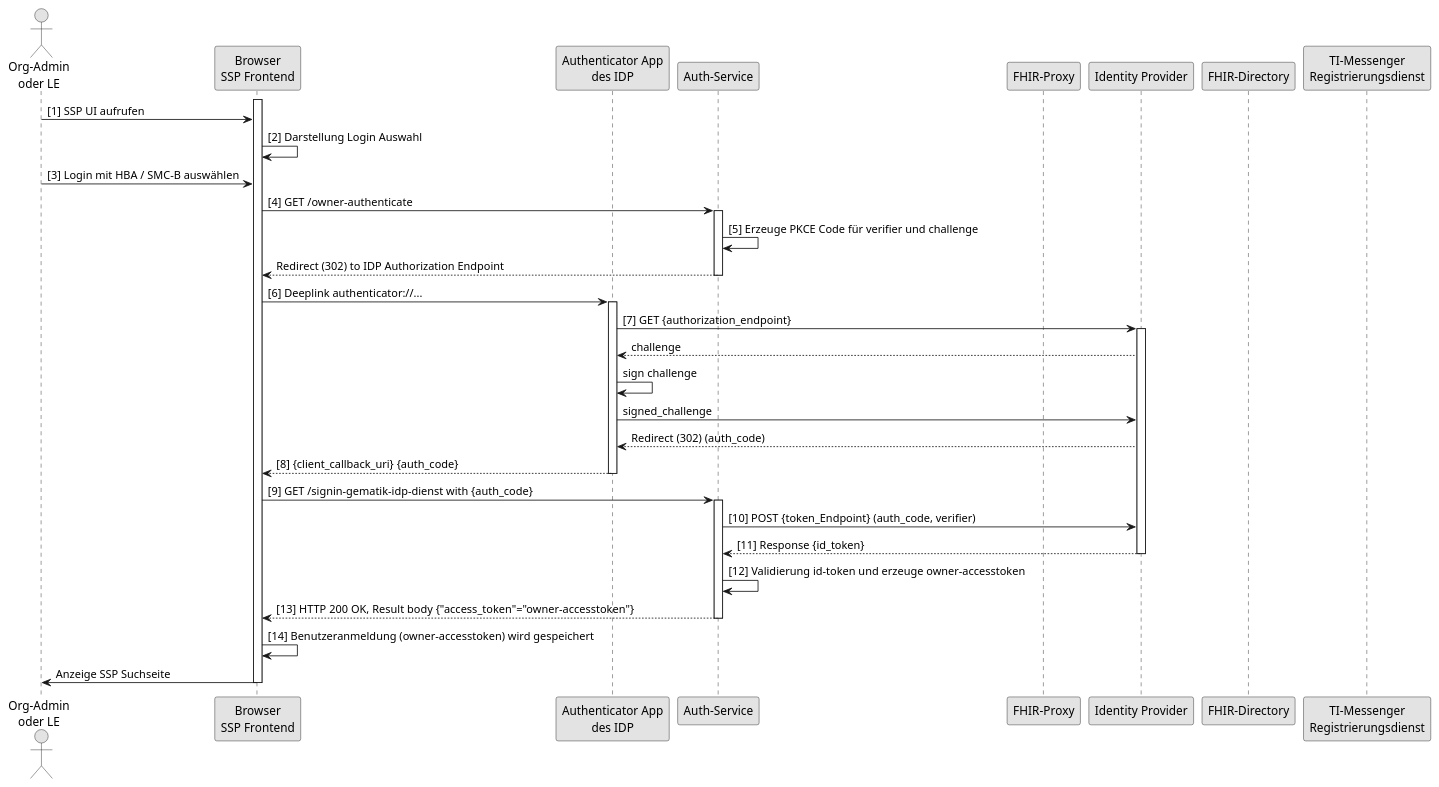
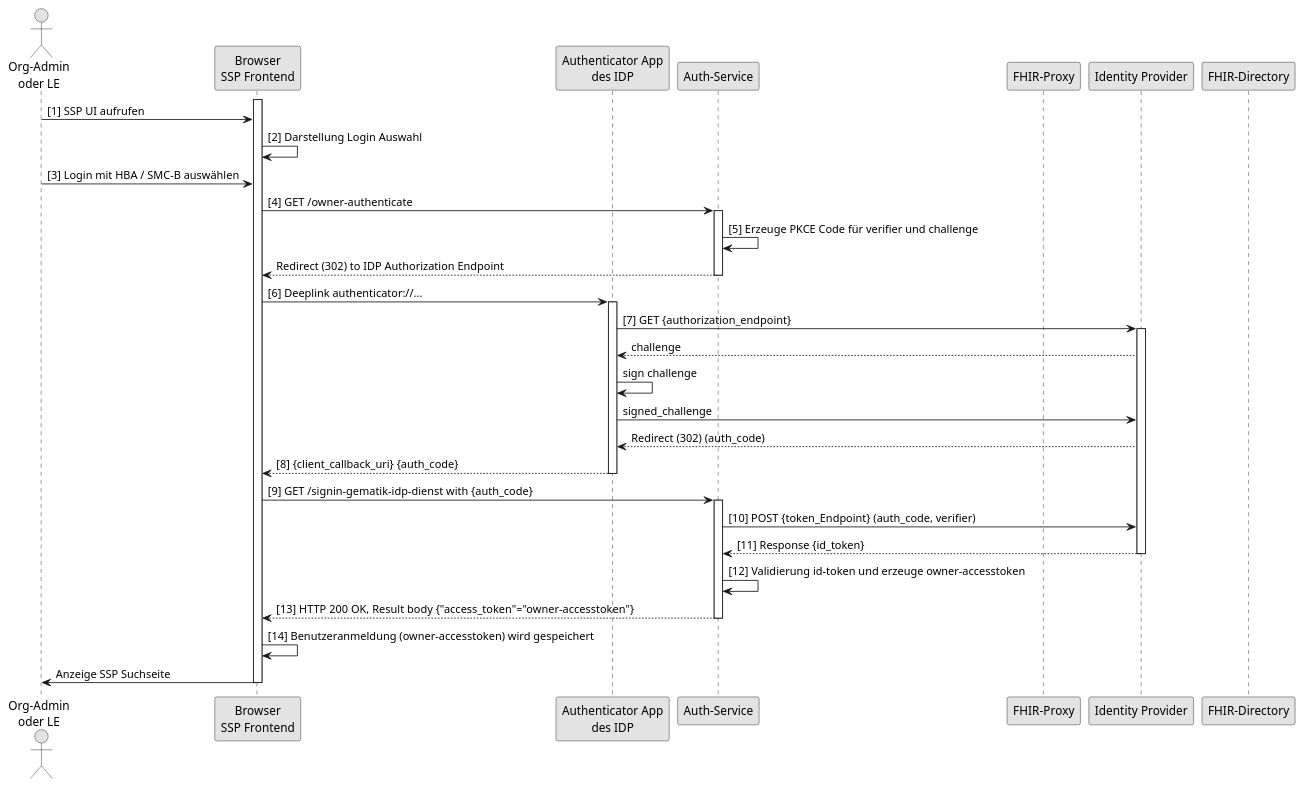
Before and after one commit to gematik/api-vzd: the diagram in src/plantuml/SequenceDiagram.FHIR-Directory.SSP.Auth.Card.puml, drawn with PlantUML.

```diff
--- a/src/plantuml/SequenceDiagram.FHIR-Directory.SSP.Auth.Card.puml
+++ b/src/plantuml/SequenceDiagram.FHIR-Directory.SSP.Auth.Card.puml
@@ -1,56 +1,55 @@
 @startuml
 
 skinparam dpi 100
 skinparam WrapWidth 200
 skinparam monochrome true
 
 'title "FHIR-Directory, Sequenzdiagram SSP Authenticate mit Smartcard'
 actor o as "Org-Admin\noder LE"
 participant cl as "Browser\nSSP Frontend"
 participant aa as "Authenticator App\ndes IDP"
 participant au as "Auth-Service"
 participant fp as "FHIR-Proxy"
 participant idp as "Identity Provider"
 participant fd as "FHIR-Directory"
-participant rd as "TI-Messenger\nRegistrierungsdienst"
 
 activate cl
 o -> cl: [1] SSP UI aufrufen
 cl -> cl: [2] Darstellung Login Auswahl
 o -> cl: [3] Login mit HBA / SMC-B auswählen
 
 
 cl -> au: [4] GET /owner-authenticate
 activate au
 au -> au: [5] Erzeuge PKCE Code für verifier und challenge
 au --> cl: Redirect (302) to IDP Authorization Endpoint
 deactivate au
 cl -> aa: [6] Deeplink authenticator://...
 activate aa
 
 aa -> idp: [7] GET {authorization_endpoint}
 activate idp
 idp --> aa: challenge
 aa -> aa: sign challenge
 aa-> idp: signed_challenge
 idp --> aa: Redirect (302) (auth_code)
 aa --> cl: [8] {client_callback_uri} {auth_code}
 deactivate aa
 
 cl -> au: [9] GET /signin-gematik-idp-dienst with {auth_code}
 activate au
 au -> idp: [10] POST {token_Endpoint} (auth_code, verifier)
 idp --> au: [11] Response {id_token}
 
 deactivate idp
 
 au -> au: [12] Validierung id-token und erzeuge owner-accesstoken
 au --> cl: [13] HTTP 200 OK, Result body {"access_token"="owner-accesstoken"}
 deactivate au
 
 cl -> cl: [14] Benutzeranmeldung (owner-accesstoken) wird gespeichert
 cl -> o: Anzeige SSP Suchseite
 
 deactivate cl
 
 @enduml
```
